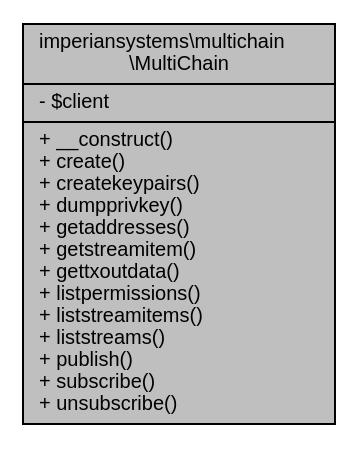
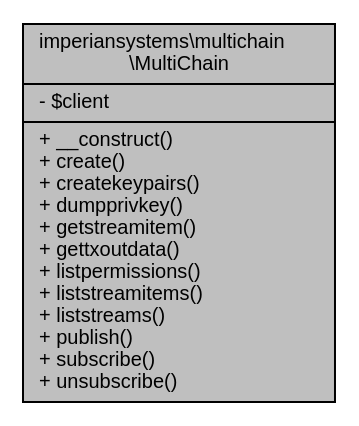
Before and after one commit to imperian-systems/multichain: the diagram in docs/classimperiansystems_1_1multichain_1_1MultiChain__coll__graph.dot, drawn with Graphviz. The commit also changed 17 other files, not shown here.

```diff
--- a/docs/classimperiansystems_1_1multichain_1_1MultiChain__coll__graph.dot
+++ b/docs/classimperiansystems_1_1multichain_1_1MultiChain__coll__graph.dot
@@ -1,6 +1,6 @@
 digraph "imperiansystems\multichain\MultiChain"
 {
   edge [fontname="Helvetica",fontsize="10",labelfontname="Helvetica",labelfontsize="10"];
   node [fontname="Helvetica",fontsize="10",shape=record];
-  Node1 [label="{imperiansystems\\multichain\l\\MultiChain\n|- $client\l|+ __construct()\l+ create()\l+ createkeypairs()\l+ dumpprivkey()\l+ getaddresses()\l+ getstreamitem()\l+ gettxoutdata()\l+ listpermissions()\l+ liststreamitems()\l+ liststreams()\l+ publish()\l+ subscribe()\l+ unsubscribe()\l}",height=0.2,width=0.4,color="black", fillcolor="grey75", style="filled", fontcolor="black"];
+  Node1 [label="{imperiansystems\\multichain\l\\MultiChain\n|- $client\l|+ __construct()\l+ create()\l+ createkeypairs()\l+ dumpprivkey()\l+ getstreamitem()\l+ gettxoutdata()\l+ listpermissions()\l+ liststreamitems()\l+ liststreams()\l+ publish()\l+ subscribe()\l+ unsubscribe()\l}",height=0.2,width=0.4,color="black", fillcolor="grey75", style="filled", fontcolor="black"];
 }
```
